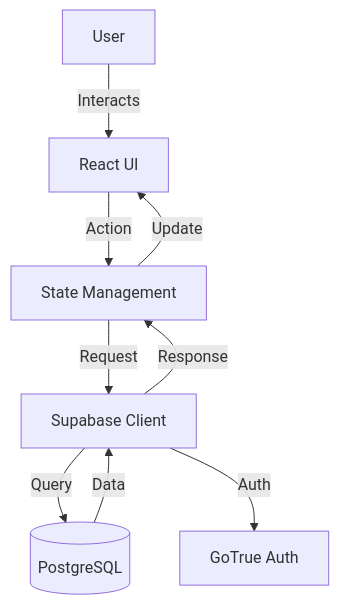
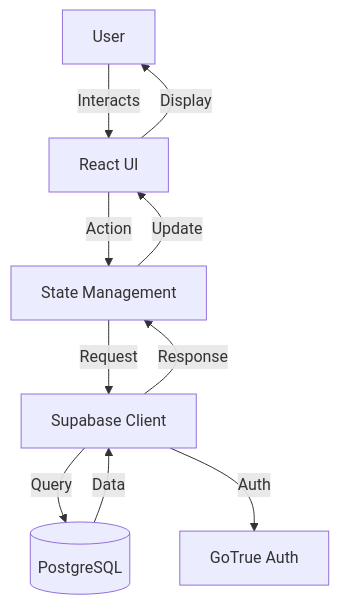
Before and after one commit to itsreiji/wildoutprojectrevamp: the second of 2 diagrams in AGENTS.md, drawn with Mermaid. The commit also changed other lines of this file and 9 other files, not shown here.

````diff
--- a/AGENTS.md
+++ b/AGENTS.md
@@ -110,11 +128,12 @@
 ```mermaid
 graph TD
     User[User] -->|Interacts| UI[React UI]
     UI -->|Action| Context[State Management]
     Context -->|Request| Supabase[Supabase Client]
     Supabase -->|Query| DB[(PostgreSQL)]
     Supabase -->|Auth| Auth[GoTrue Auth]
     DB -->|Data| Supabase
     Supabase -->|Response| Context
     Context -->|Update| UI
+    UI -->|Display| User
 ```
````
